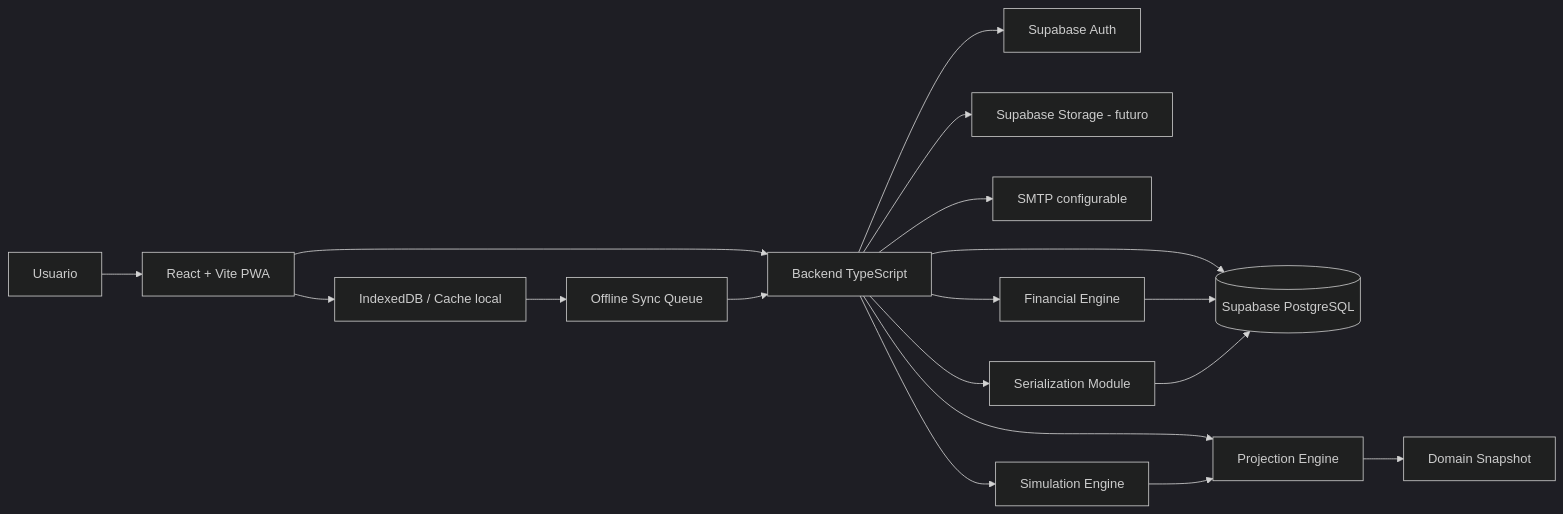
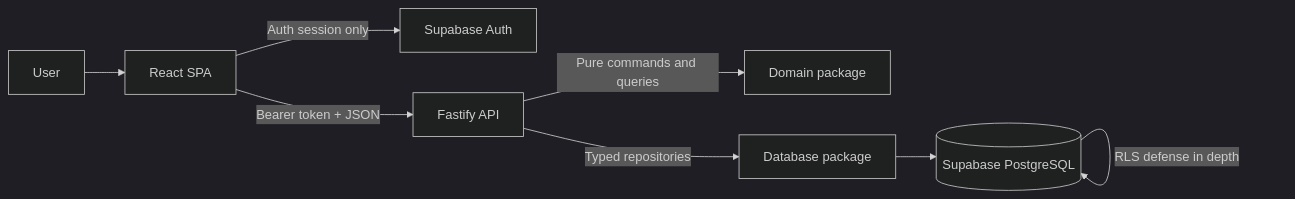
Before and after one commit to dufferx/goal-tracker: the first of 4 diagrams in docs/GoalTracker_Architecture_Blueprint.md, drawn with Mermaid (dark theme). The commit also changed other lines of this file and 11 other files, not shown here.

````diff
--- a/docs/GoalTracker_Architecture_Blueprint.md
+++ b/docs/GoalTracker_Architecture_Blueprint.md
@@ -27,23 +11,10 @@
 ```mermaid
 flowchart LR
-    U[Usuario] --> PWA[React + Vite PWA]
-    PWA --> API[Backend TypeScript]
-    PWA --> IDB[IndexedDB / Cache local]
-    API --> AUTH[Supabase Auth]
-    API --> DB[(Supabase PostgreSQL)]
-    API --> STORAGE[Supabase Storage - futuro]
-    API --> MAIL[SMTP configurable]
-
-    API --> FE[Financial Engine]
-    API --> PE[Projection Engine]
-    API --> SE[Simulation Engine]
-    API --> SER[Serialization Module]
-
-    FE --> DB
-    PE --> SNAP[Domain Snapshot]
-    SE --> PE
-    SER --> DB
-
-    IDB --> SYNC[Offline Sync Queue]
-    SYNC --> API
+    U[User] --> W[React SPA]
+    W -->|Auth session only| A[Supabase Auth]
+    W -->|Bearer token + JSON| API[Fastify API]
+    API -->|Pure commands and queries| D[Domain package]
+    API -->|Typed repositories| DB[Database package]
+    DB --> P[(Supabase PostgreSQL)]
+    P -->|RLS defense in depth| P
 ```
````
